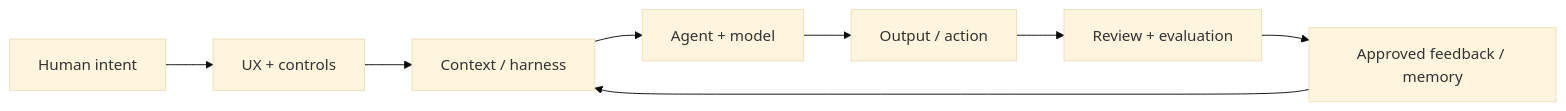
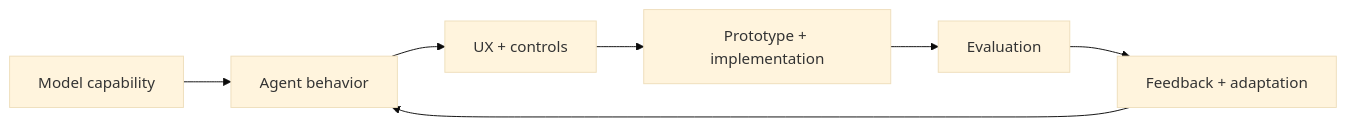
One commit to 9929y/9929y changed the diagram in README.md. Above: the diagram before and after it, drawn with Mermaid (base theme). The commit also changed other lines of this file, not shown here.

Commit message:
Reframe profile around model capability and agent behavior design

````diff
--- a/README.md
+++ b/README.md
@@ -13,10 +13,9 @@
 ```mermaid
 flowchart LR
-    A[Human intent] --> B[UX + controls]
-    B --> C[Context / harness]
-    C --> D[Agent + model]
-    D --> E[Output / action]
-    E --> F[Review + evaluation]
-    F --> G[Approved feedback / memory]
-    G --> C
+    A[Model capability] --> B[Agent behavior]
+    B --> C[UX + controls]
+    C --> D[Prototype + implementation]
+    D --> E[Evaluation]
+    E --> F[Feedback + adaptation]
+    F --> B
 ```
````
